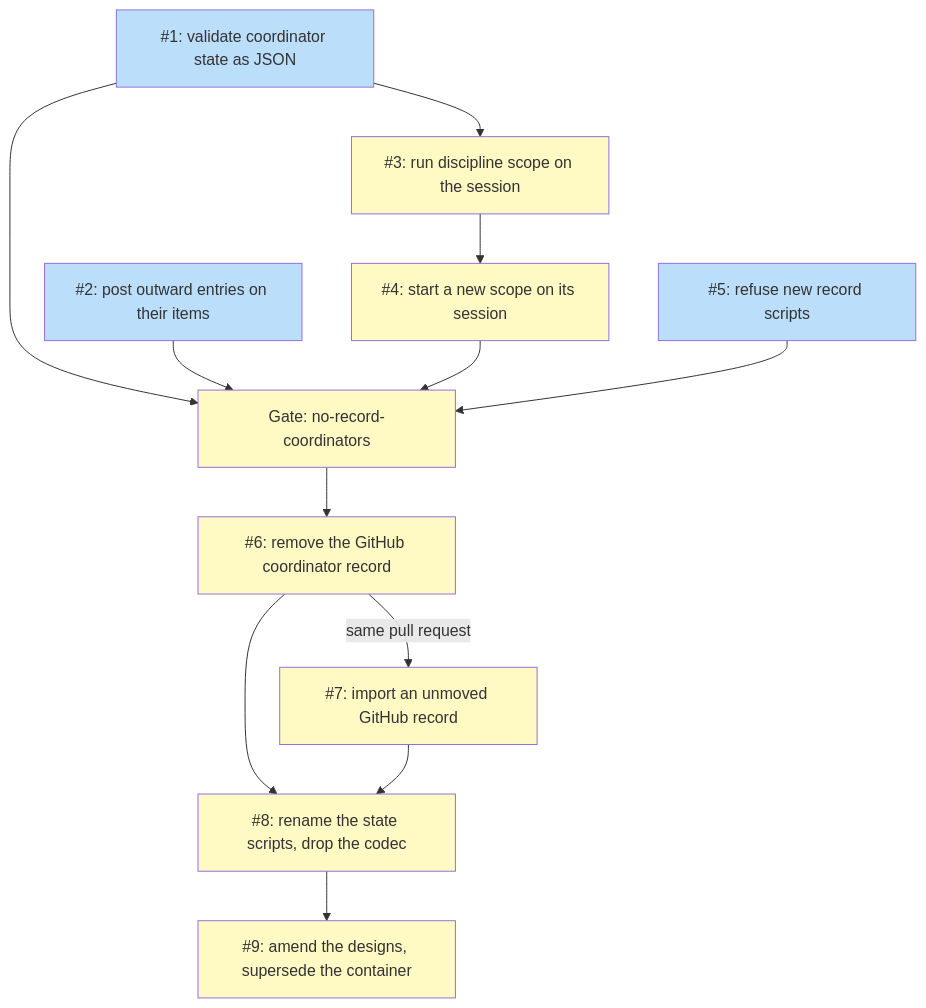
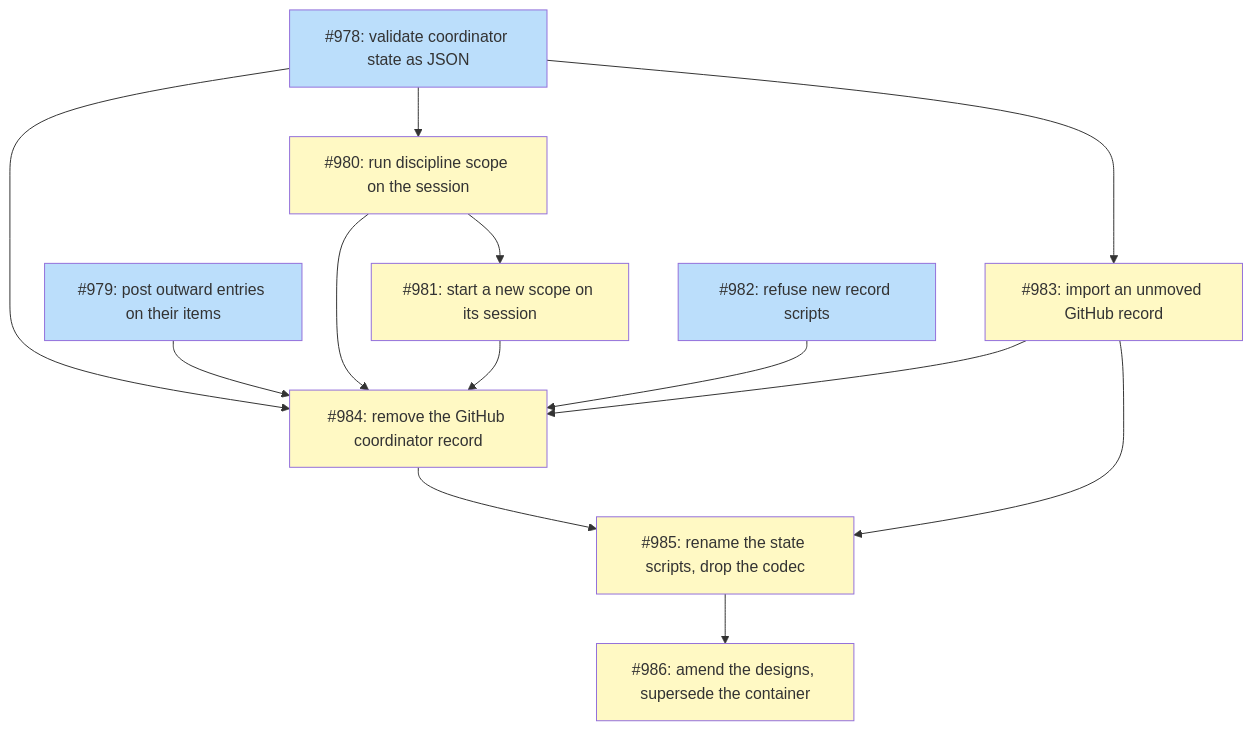
Before and after one commit to tsukumogami/shirabe: the diagram in docs/plans/PLAN-coordinator-record-teardown.md, drawn with Mermaid. The commit also changed other lines of this file and 2 other files, not shown here.

Commit message:
docs(scope): land coordinator-record-teardown as a multi-pr plan with filed issues

````diff
--- a/docs/plans/PLAN-coordinator-record-teardown.md
+++ b/docs/plans/PLAN-coordinator-record-teardown.md
@@ -585,32 +141,32 @@
 ```mermaid
 graph TD
-    I1["#1: validate coordinator state as JSON"]
-    I2["#2: post outward entries on their items"]
-    I3["#3: run discipline scope on the session"]
-    I4["#4: start a new scope on its session"]
-    I5["#5: refuse new record scripts"]
-    G1["Gate: no-record-coordinators"]
-    I6["#6: remove the GitHub coordinator record"]
-    I7["#7: import an unmoved GitHub record"]
-    I8["#8: rename the state scripts, drop the codec"]
-    I9["#9: amend the designs, supersede the container"]
+    I978["#978: validate coordinator state as JSON"]
+    I979["#979: post outward entries on their items"]
+    I980["#980: run discipline scope on the session"]
+    I981["#981: start a new scope on its session"]
+    I982["#982: refuse new record scripts"]
+    I983["#983: import an unmoved GitHub record"]
+    I984["#984: remove the GitHub coordinator record"]
+    I985["#985: rename the state scripts, drop the codec"]
+    I986["#986: amend the designs, supersede the container"]
 
-    I1 --> I3
-    I3 --> I4
-    I1 --> G1
-    I2 --> G1
-    I4 --> G1
-    I5 --> G1
-    G1 --> I6
-    I6 -->|same pull request| I7
-    I6 --> I8
-    I7 --> I8
-    I8 --> I9
+    I978 --> I980
+    I980 --> I981
+    I978 --> I983
+    I978 --> I984
+    I979 --> I984
+    I980 --> I984
+    I981 --> I984
+    I982 --> I984
+    I983 --> I984
+    I984 --> I985
+    I983 --> I985
+    I985 --> I986
 
     classDef done fill:#c8e6c9
     classDef ready fill:#bbdefb
     classDef blocked fill:#fff9c4
 
-    class I1,I2,I5 ready
-    class I3,I4,G1,I6,I7,I8,I9 blocked
+    class I978,I979,I982 ready
+    class I980,I981,I983,I984,I985,I986 blocked
 ```
````
